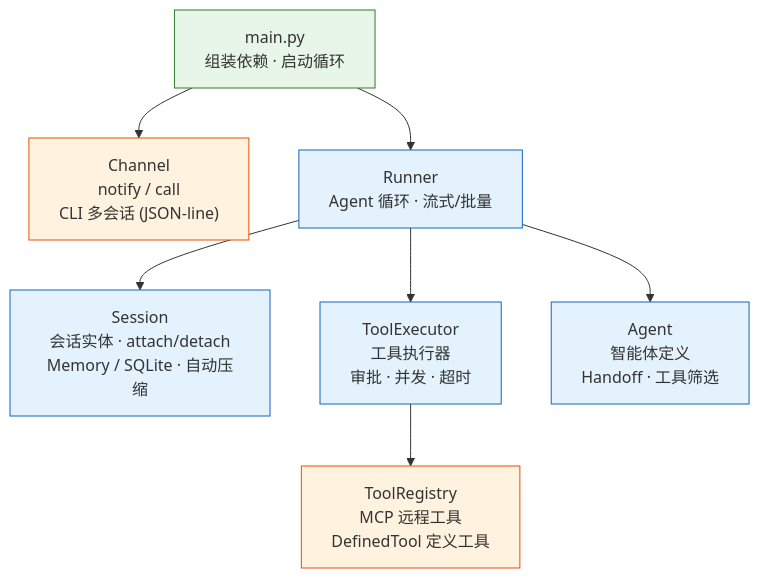
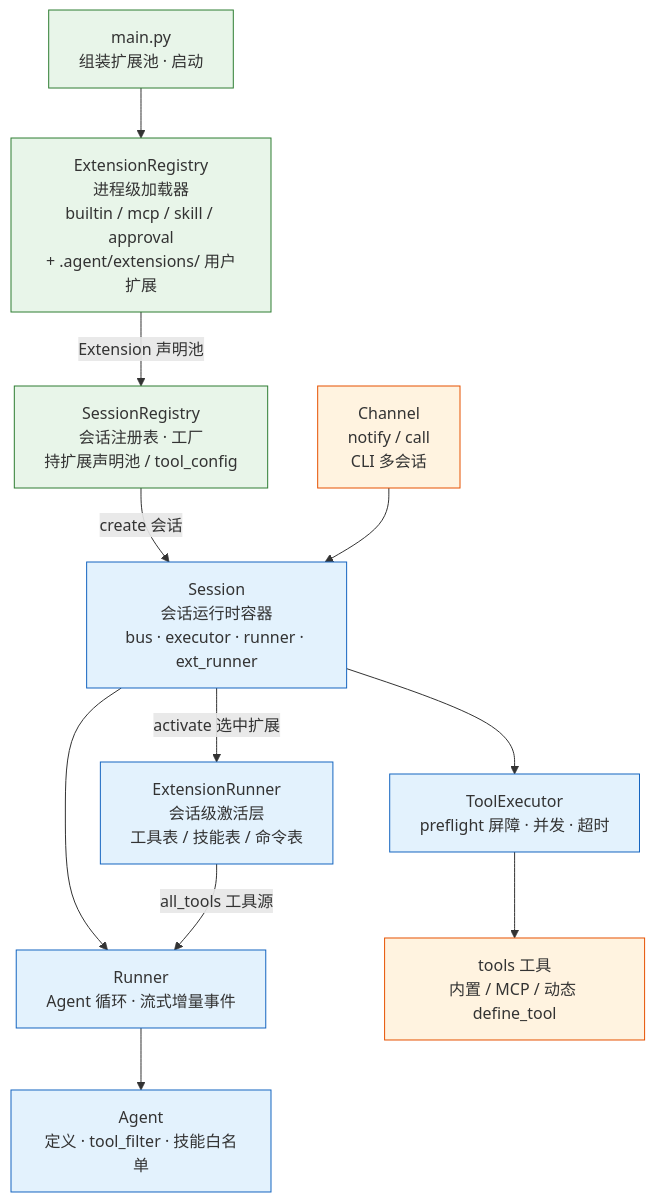
The first of 2 diagrams in README.md (yishenzhu/walle), drawn with Mermaid before and after one commit. The commit also changed other lines of this file and 1 other file, not shown here.

````diff
--- a/README.md
+++ b/README.md
@@ -29,24 +31,31 @@
 ```mermaid
 flowchart TD
-    Main["main.py<br/>组装依赖 · 启动循环"]
-    Channel["Channel<br/>notify / call<br/>CLI 多会话 (JSON-line)"]
-    Runner["Runner<br/>Agent 循环 · 流式/批量"]
-    Session["Session<br/>会话实体 · attach/detach<br/>Memory / SQLite · 自动压缩"]
-    Exec["ToolExecutor<br/>工具执行器<br/>审批 · 并发 · 超时"]
-    AgentNode["Agent<br/>智能体定义<br/>Handoff · 工具筛选"]
-    Reg["ToolRegistry<br/>MCP 远程工具<br/>DefinedTool 定义工具"]
+    Main["main.py<br/>组装扩展池 · 启动"]
+    Reg["ExtensionRegistry<br/>进程级加载器<br/>builtin / mcp / skill / approval<br/>+ .agent/extensions/ 用户扩展"]
+    SR["SessionRegistry<br/>会话注册表 · 工厂<br/>持扩展声明池 / tool_config"]
+    S["Session<br/>会话运行时容器<br/>bus · executor · runner · ext_runner"]
+    ER["ExtensionRunner<br/>会话级激活层<br/>工具表 / 技能表 / 命令表"]
+    R["Runner<br/>Agent 循环 · 流式增量事件"]
+    E["ToolExecutor<br/>preflight 屏障 · 并发 · 超时"]
+    A["Agent<br/>定义 · tool_filter · 技能白名单"]
+    T["tools 工具<br/>内置 / MCP / 动态 define_tool"]
+    Ch["Channel<br/>notify / call<br/>CLI 多会话"]
 
-    Main --> Channel
-    Main --> Runner
-    Runner --> Session
-    Runner --> Exec
-    Runner --> AgentNode
-    Exec --> Reg
+    Main --> Reg
+    Reg -->|Extension 声明池| SR
+    SR -->|create 会话| S
+    S -->|activate 选中扩展| ER
+    S --> R
+    S --> E
+    R --> A
+    E --> T
+    ER -->|all_tools 工具源| R
+    Ch --> S
 
     classDef entry fill:#e8f5e9,stroke:#2e7d32
     classDef core fill:#e3f2fd,stroke:#1565c0
     classDef tool fill:#fff3e0,stroke:#e65100
-    class Main entry
-    class Runner,Session,Exec,AgentNode core
-    class Channel,Reg tool
+    class Main,Reg,SR entry
+    class S,ER,R,E,A core
+    class T,Ch tool
 ```
````
